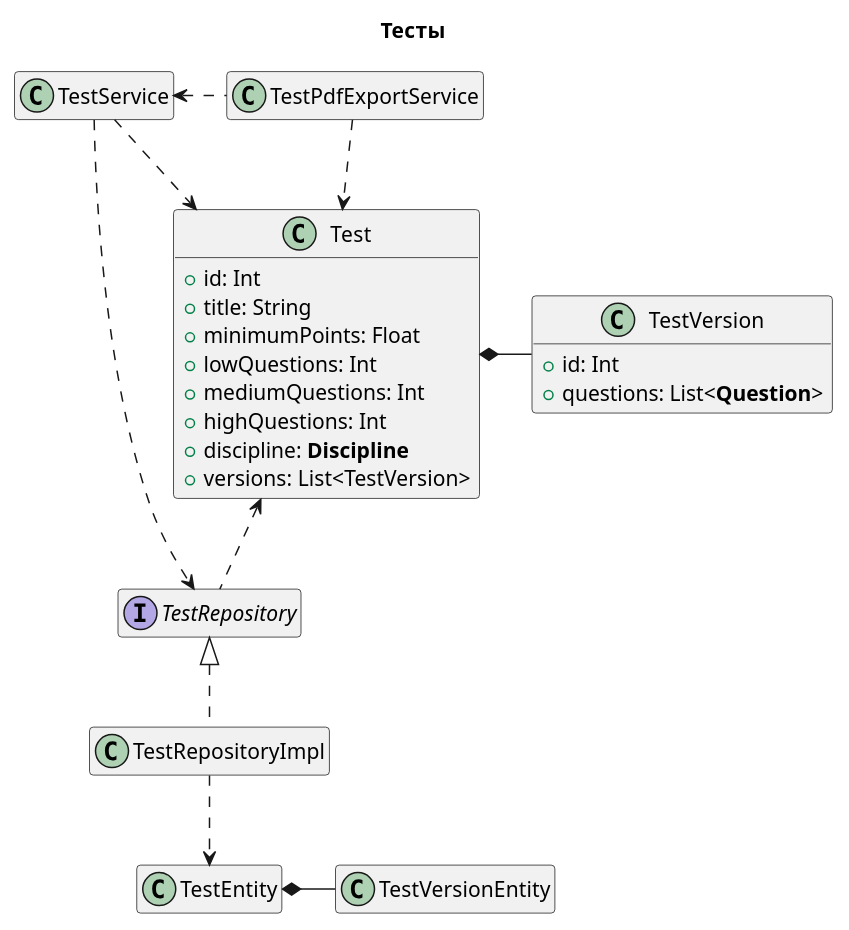
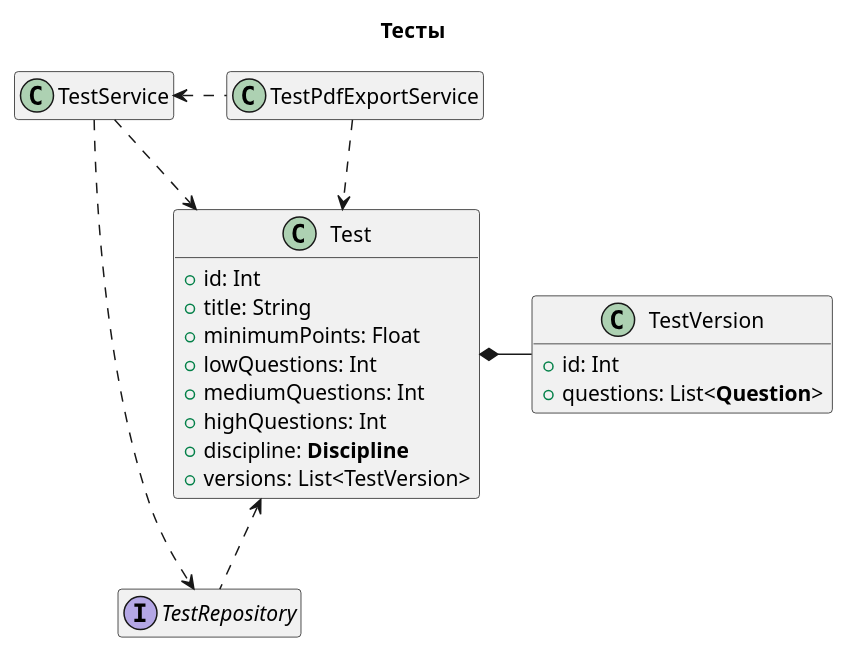
One commit to hyposun/deppplom changed the diagram in src/main/docs/classes_test.puml. Above: the diagram before and after it, drawn with PlantUML. The commit also changed 7 other files, not shown here.

```diff
--- a/src/main/docs/classes_test.puml
+++ b/src/main/docs/classes_test.puml
@@ -1,50 +1,50 @@
 @startuml
 
 hide empty members
 allowmixing
 
 title "Тесты"
 
 class TestService
 
 interface TestRepository
 
 class Test {
     + id: Int
     + title: String
     + minimumPoints: Float
     + lowQuestions: Int
     + mediumQuestions: Int
     + highQuestions: Int
     + discipline: <b>Discipline</b>
     + versions: List<TestVersion>
 }
 
 class TestVersion {
     + id: Int
     + questions: List<<b>Question</b>>
 }
 
 Test *- TestVersion
 
 TestService ..> Test
 TestService ...> TestRepository
 'TestService ..> TestVersion
 
 
-class TestRepositoryImpl implements TestRepository
-class TestEntity
-class TestVersionEntity
-TestRepositoryImpl ..> TestEntity
-'TestRepositoryImpl ..> TestVersionEntity
-TestEntity *- TestVersionEntity
+'class TestRepositoryImpl implements TestRepository
+'class TestEntity
+'class TestVersionEntity
+'TestRepositoryImpl ..> TestEntity
+''TestRepositoryImpl ..> TestVersionEntity
+'TestEntity *- TestVersionEntity
 
 class TestPdfExportService
 TestPdfExportService ..> Test
 TestService <. TestPdfExportService
 'TestVersion <-- TestPdfExportService
 
 Test <.. TestRepository
 'TestVersion <.. TestRepository
 
 @enduml
```
